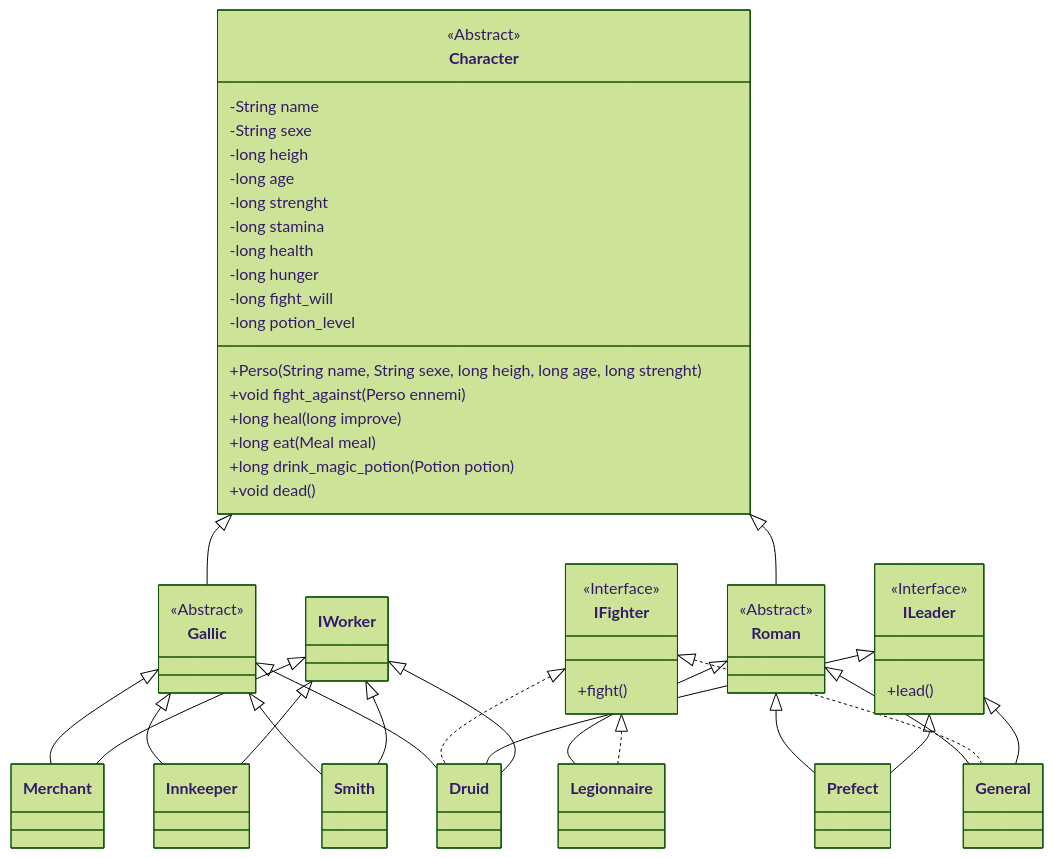
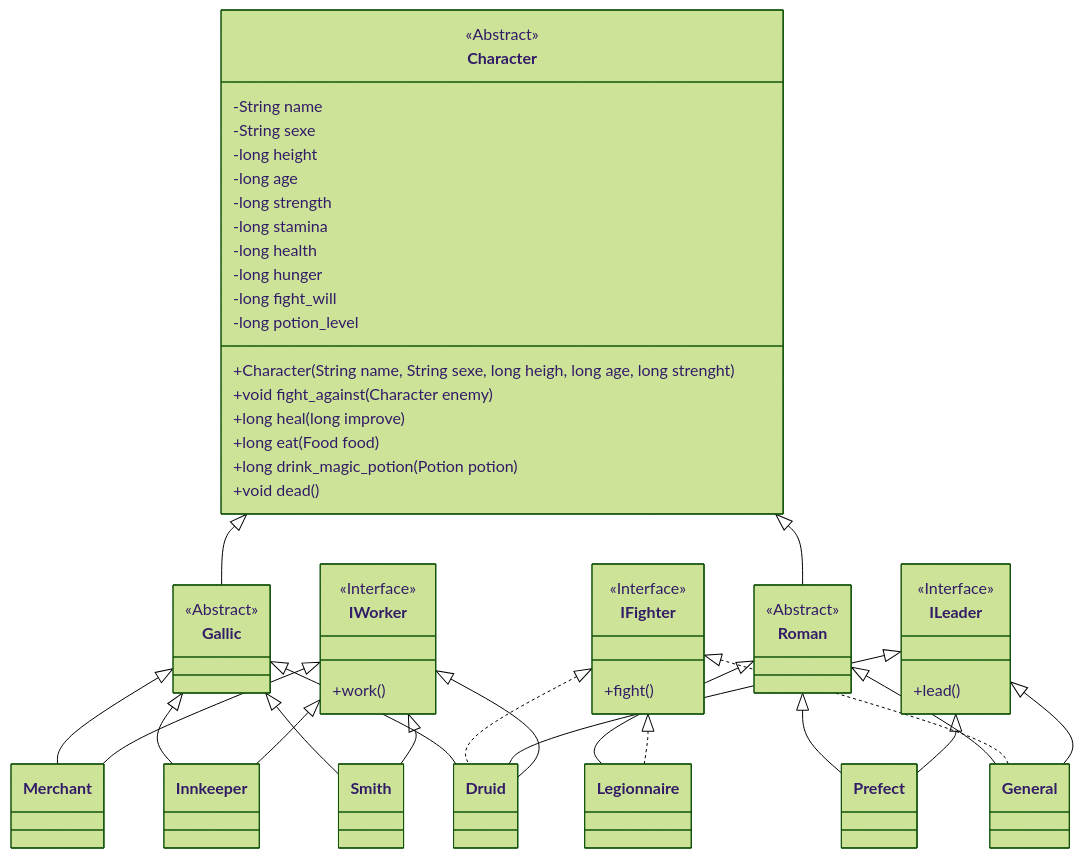
Before and after one commit to Gustin-MAILHE/R304_Projet_Qualite_Dev: the diagram in diagrams/diag_character.md, drawn with Mermaid (forest theme). The commit also changed other lines of this file, not shown here.

````diff
--- a/diagrams/diag_character.md
+++ b/diagrams/diag_character.md
@@ -1,67 +1,72 @@
 ```mermaid
     classDiagram
         
         Character <|-- Gallic
         Gallic <|-- Merchant
         Gallic <|-- Innkeeper
         Gallic <|-- Smith
         Gallic <|-- Druid
     
         Character <|-- Roman
         Roman <|-- Legionnaire
         Roman <|-- Prefect
         Roman <|-- General
     
         IFighter <|.. Legionnaire
         IFighter <|.. General
         IFighter <|.. Druid
     
         ILeader <|-- Prefect
         ILeader <|-- General
         ILeader <|-- Druid
     
         IWorker <|-- Merchant
         IWorker <|-- Innkeeper
         IWorker <|-- Smith
         IWorker <|-- Druid
         
     
         class Character {
             <<Abstract>>
             -String name
             -String sexe
-            -long heigh
+            -long height
             -long age
-            -long strenght
+            -long strength
             -long stamina
             -long health
             -long hunger
             -long fight_will
             -long potion_level
     
-            +Perso(String name, String sexe, long heigh, long age, long strenght)
-            +void fight_against(Perso ennemi)
+            +Character(String name, String sexe, long heigh, long age, long strenght)
+            +void fight_against(Character enemy)
             +long heal(long improve)
-            +long eat(Meal meal)
+            +long eat(Food food)
             +long drink_magic_potion(Potion potion)
             +void dead()
         }
     
         class Gallic {
             <<Abstract>>
         }
     
         class Roman {
             <<Abstract>>
         }
     
         class IFighter {
             <<Interface>>
             +fight()
         }
     
         class ILeader {
             <<Interface>>
             +lead()
         }
+
+        class IWorker {
+            <<Interface>>
+            +work()
+    }
 ```
````
